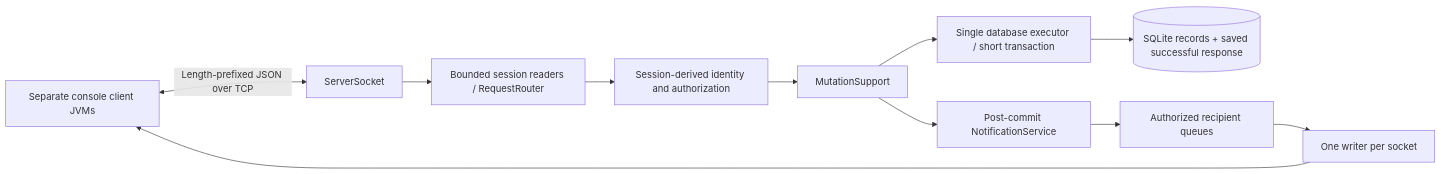
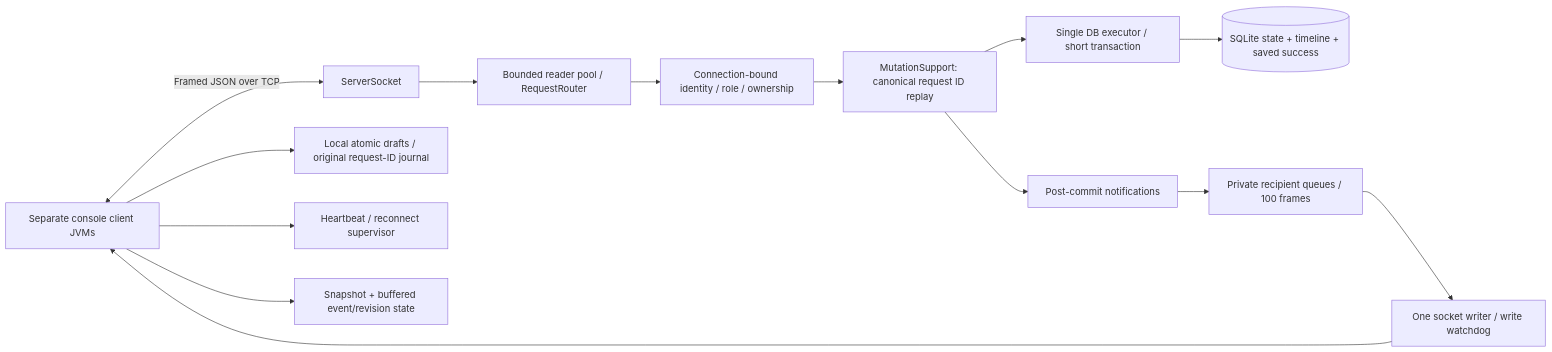
The first of 2 diagrams in docs/design/ARCHITECTURE.md (mhdAfrin/emergency-help-network), drawn with Mermaid before and after one commit. The commit also changed other lines of this file and 62 other files, not shown here.

````diff
--- a/docs/design/ARCHITECTURE.md
+++ b/docs/design/ARCHITECTURE.md
@@ -7,13 +5,16 @@
 ```mermaid
 flowchart LR
- C[Separate console client JVMs] <-->|Length-prefixed JSON over TCP| S[ServerSocket]
- S --> R[Bounded session readers / RequestRouter]
- R --> A[Session-derived identity and authorization]
- A --> M[MutationSupport]
- M --> D[Single database executor / short transaction]
- D --> DB[(SQLite records + saved successful response)]
- M --> N[Post-commit NotificationService]
- N --> Q[Authorized recipient queues]
- Q --> W[One writer per socket]
+ C[Separate console client JVMs] <-->|Framed JSON over TCP| S[ServerSocket]
+ S --> R[Bounded reader pool / RequestRouter]
+ R --> A[Connection-bound identity / role / ownership]
+ A --> M[MutationSupport: canonical request ID replay]
+ M --> D[Single DB executor / short transaction]
+ D --> DB[(SQLite state + timeline + saved success)]
+ M --> N[Post-commit notifications]
+ N --> Q[Private recipient queues / 100 frames]
+ Q --> W[One socket writer / write watchdog]
  W --> C
+ C --> J[Local atomic drafts / original request-ID journal]
+ C --> H[Heartbeat / reconnect supervisor]
+ C --> L[Snapshot + buffered event/revision state]
 ```
````
